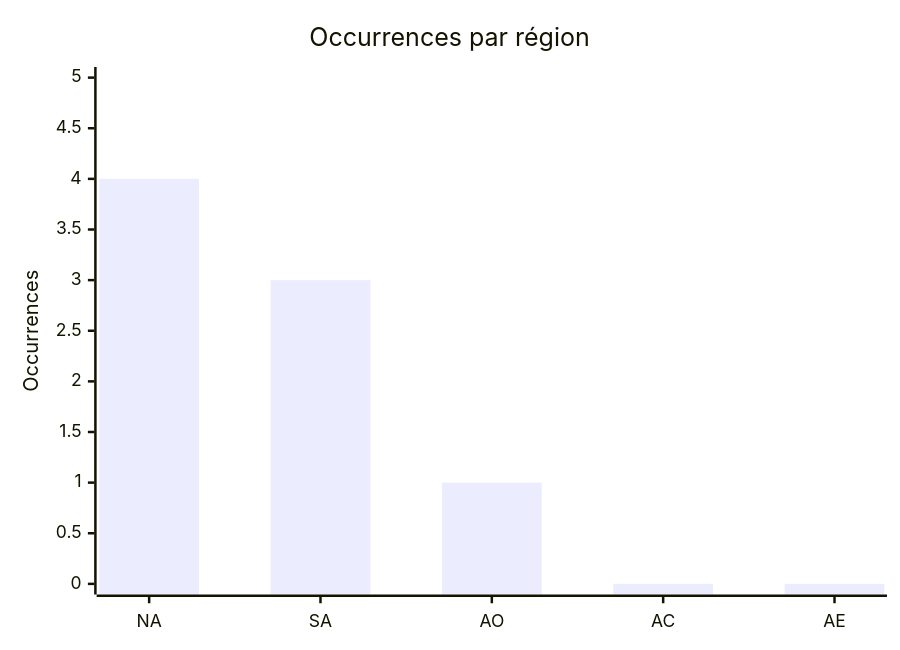
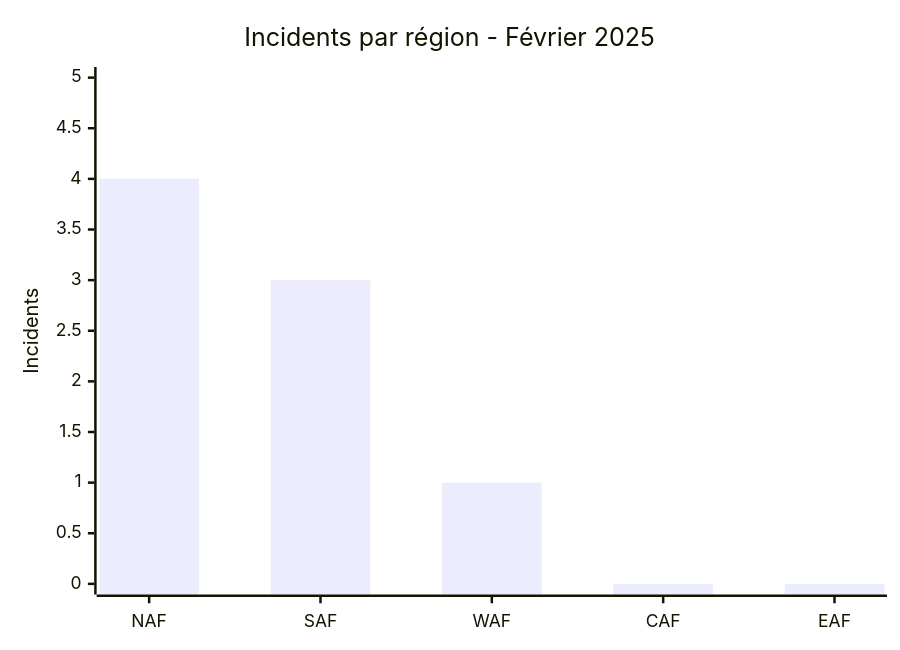
Before and after one commit to Hatchepsoute/AFRINTEL: the fourth of 7 diagrams in CyberAttackAfrica/2025/02-february/README_FR.md, drawn with Mermaid. The commit also changed other lines of this file and 7 other files, not shown here.

````diff
--- a/CyberAttackAfrica/2025/02-february/README_FR.md
+++ b/CyberAttackAfrica/2025/02-february/README_FR.md
@@ -127,7 +119,7 @@
 ```mermaid
-xychart
-    title "Occurrences par région"
-    x-axis ["NA","SA","AO","AC","AE"]
-    y-axis "Occurrences" 0 --> 5
-    bar [4,3,1,0,0]
+xychart-beta
+    title "Incidents par région - Février 2025"
+    x-axis ["NAF", "SAF", "WAF", "CAF", "EAF"]
+    y-axis "Incidents" 0 --> 5
+    bar [4, 3, 1, 0, 0]
 ```
````
